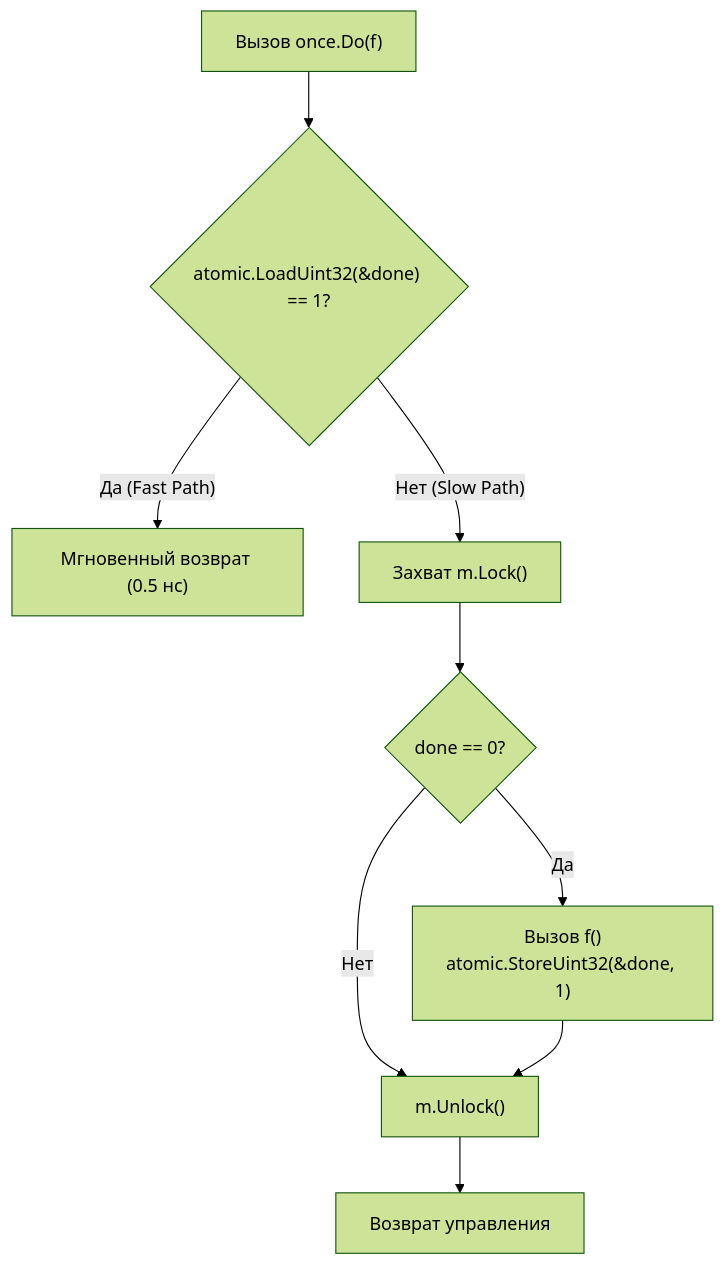
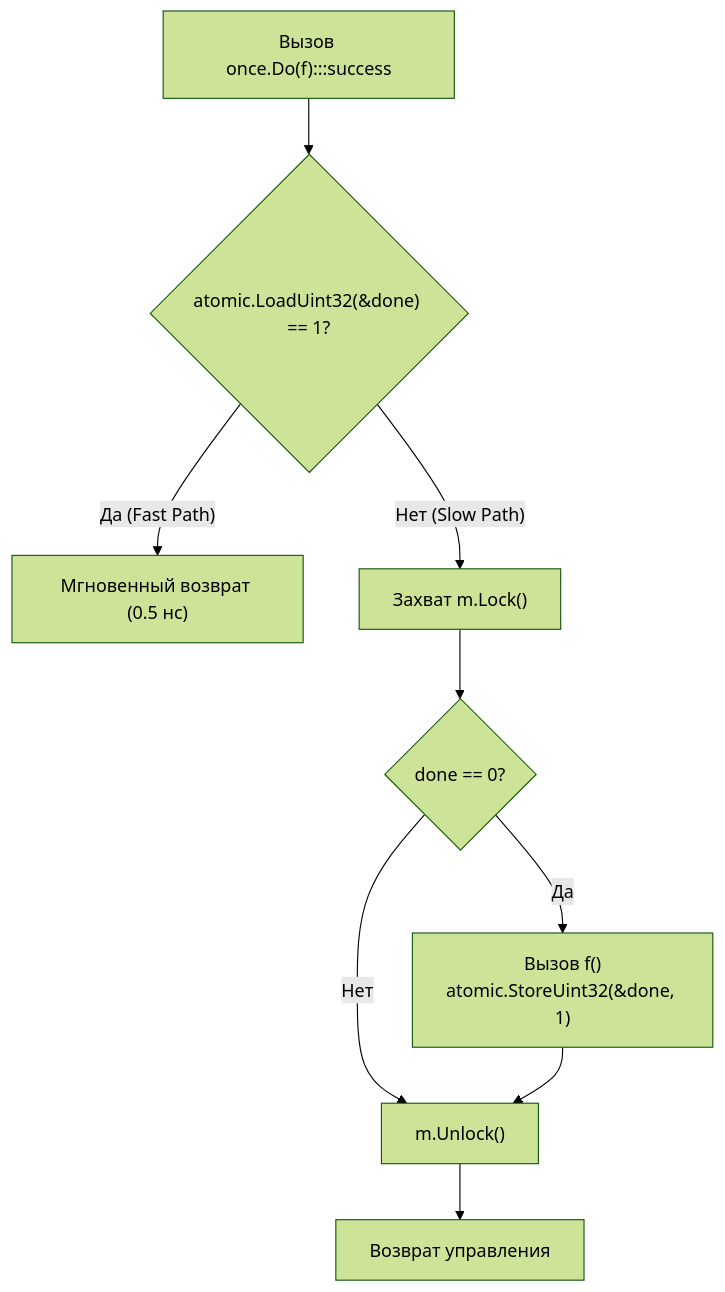
One commit to UnrealTemplier/go-textbook changed the first of 3 diagrams in sources/5. Учебник по Go (Основы и синтаксис)/41. sync.Once, Cond, Pool и atomic.md. Above: the diagram before and after it, drawn with Mermaid (forest theme). The commit also changed other lines of this file and 1666 other files, not shown here.

First line of the commit message:
feat(mermaid): add semantic color classDef to 1369 colorless flowchart/graph diagrams

````diff
--- a/sources/5. Учебник по Go (Основы и синтаксис)/41. sync.Once, Cond, Pool и atomic.md
+++ b/sources/5. Учебник по Go (Основы и синтаксис)/41. sync.Once, Cond, Pool и atomic.md
@@ -53,11 +53,21 @@
 ```mermaid
 flowchart TD
-    Start["Вызов once.Do(f)"] --> CheckDone{"atomic.LoadUint32(&done) == 1?"}
+    classDef process  fill:#1e293b,stroke:#38bdf8,stroke-width:1px,color:#f8fafc
+    classDef success  fill:#064e3b,stroke:#34d399,stroke-width:1px,color:#f8fafc
+    classDef error    fill:#7f1d1d,stroke:#f87171,stroke-width:1px,color:#f8fafc
+    classDef warning  fill:#78350f,stroke:#fbbf24,stroke-width:1px,color:#f8fafc
+    classDef entry    fill:#1e3a5f,stroke:#38bdf8,stroke-width:2px,color:#f8fafc
+    classDef aux      fill:#334155,stroke:#64748b,stroke-width:1px,color:#f8fafc
+    classDef system   fill:#312e81,stroke:#a78bfa,stroke-width:1px,color:#f8fafc
+    classDef data     fill:#132d29,stroke:#2dd4bf,stroke-width:1px,color:#f8fafc
+    classDef network  fill:#881337,stroke:#fb7185,stroke-width:1px,color:#f8fafc
+    classDef accent   fill:#1e1b4b,stroke:#818cf8,stroke-width:1px,color:#f8fafc
+    Start["Вызов once.Do(f):::success"] --> CheckDone{"atomic.LoadUint32(&done) == 1?"}
     CheckDone -->|"Да (Fast Path)"| DoneFast["Мгновенный возврат (0.5 нс)"]
     CheckDone -->|"Нет (Slow Path)"| Lock["Захват m.Lock()"]
     Lock --> Recheck{"done == 0?"}
     Recheck -->|"Да"| Exec["Вызов f()<br>atomic.StoreUint32(&done, 1)"]
     Recheck -->|"Нет"| Unlock["m.Unlock()"]
     Exec --> Unlock
     Unlock --> DoneSlow["Возврат управления"]
 ```
````
